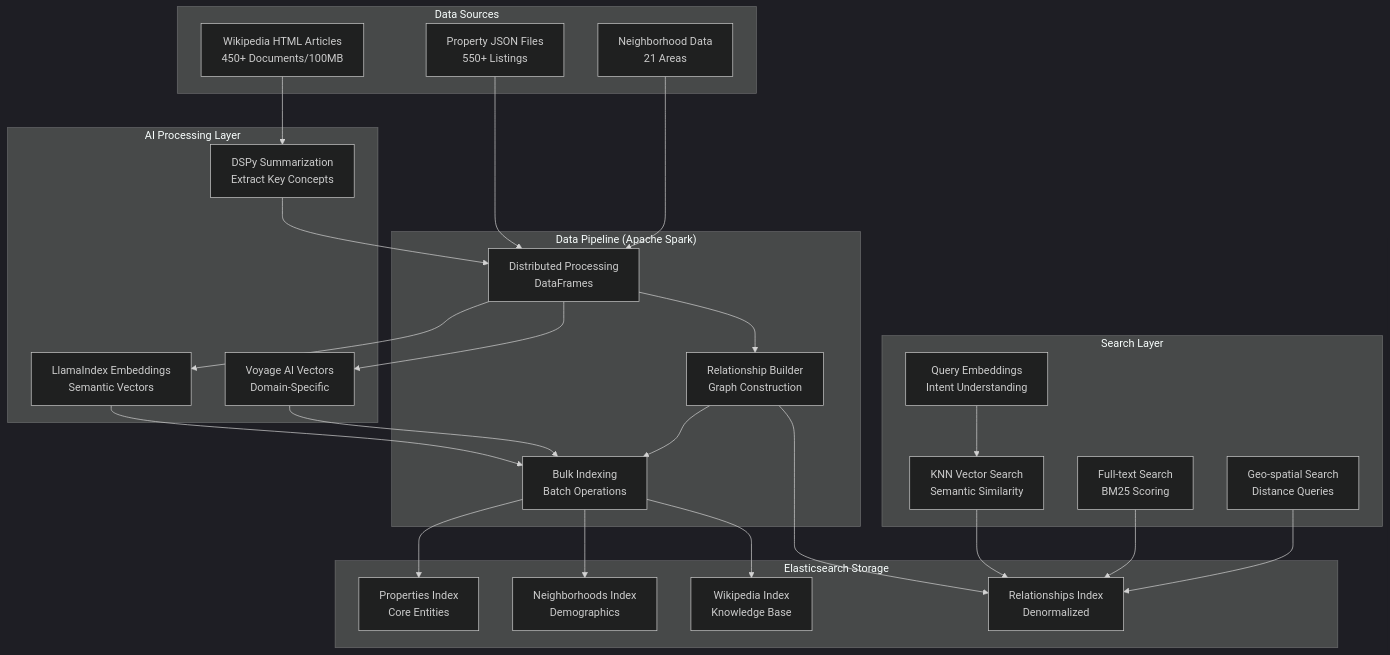
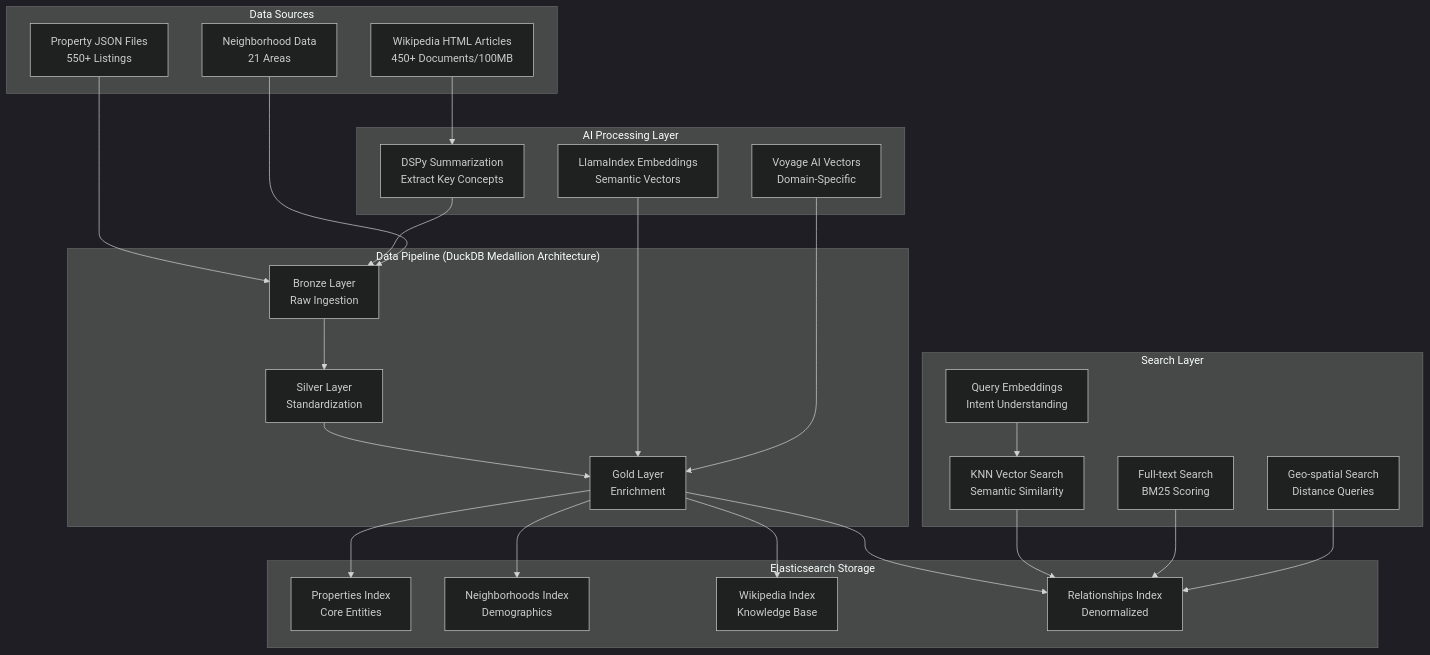
Before and after one commit to retroryan/real_estate_ai_search: the first of 2 diagrams in README.md, drawn with Mermaid (dark theme). The commit also changed other lines of this file and 10 other files, not shown here.

````diff
--- a/README.md
+++ b/README.md
@@ -34,49 +34,50 @@
 ```mermaid
 graph TB
     subgraph "Data Sources"
         A[Property JSON Files<br/>550+ Listings] 
         B[Wikipedia HTML Articles<br/>450+ Documents/100MB]
         C[Neighborhood Data<br/>21 Areas]
     end
     
     subgraph "AI Processing Layer"
         D[DSPy Summarization<br/>Extract Key Concepts]
         E[LlamaIndex Embeddings<br/>Semantic Vectors]
         F[Voyage AI Vectors<br/>Domain-Specific]
     end
     
-    subgraph "Data Pipeline (Apache Spark)"
-        G[Distributed Processing<br/>DataFrames]
-        H[Relationship Builder<br/>Graph Construction]
-        I[Bulk Indexing<br/>Batch Operations]
+    subgraph "Data Pipeline (DuckDB Medallion Architecture)"
+        G[Bronze Layer<br/>Raw Ingestion]
+        H[Silver Layer<br/>Standardization]
+        I[Gold Layer<br/>Enrichment]
     end
     
     subgraph "Elasticsearch Storage"
         J[Properties Index<br/>Core Entities]
         K[Neighborhoods Index<br/>Demographics]
         L[Wikipedia Index<br/>Knowledge Base]
         M[Relationships Index<br/>Denormalized]
     end
     
     subgraph "Search Layer"
         N[Query Embeddings<br/>Intent Understanding]
         O[KNN Vector Search<br/>Semantic Similarity]
         P[Full-text Search<br/>BM25 Scoring]
         Q[Geo-spatial Search<br/>Distance Queries]
     end
     
     A --> G
     B --> D --> G
     C --> G
-    G --> E --> I
-    G --> F --> I
-    G --> H --> I
+    G --> H
+    H --> I
+    E --> I
+    F --> I
     I --> J
     I --> K
     I --> L
-    H --> M
+    I --> M
     N --> O
     O --> M
     P --> M
     Q --> M
 ```
````
